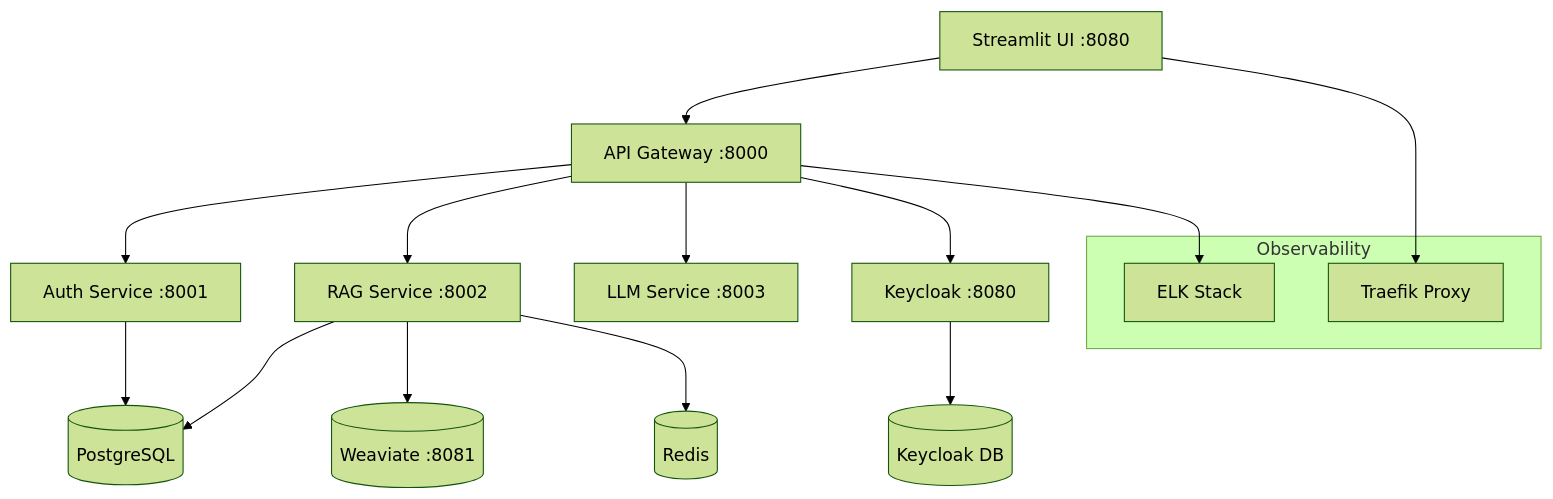
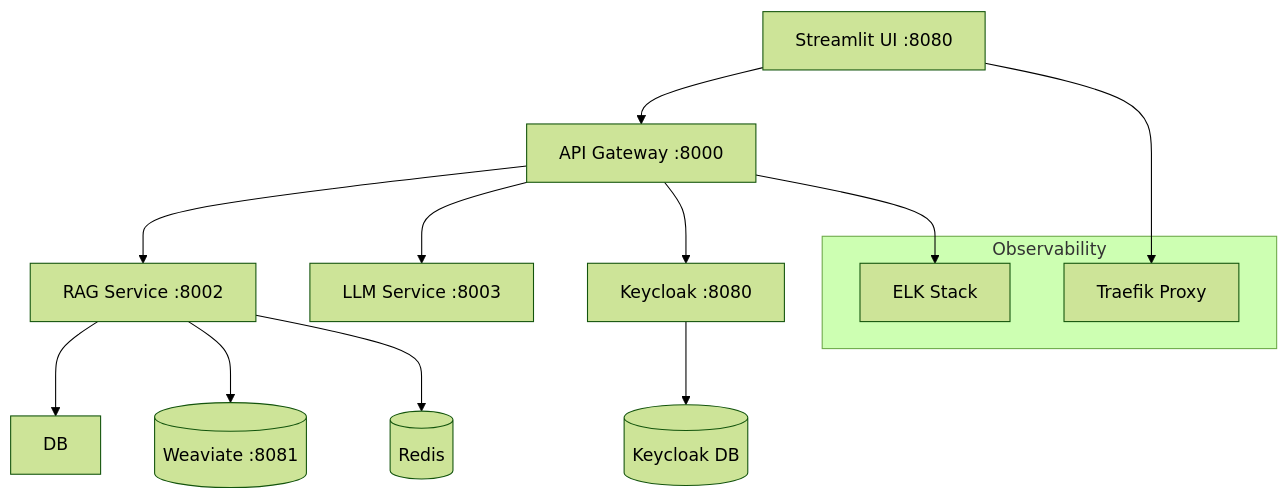
The diagram in README.md (MiguelDelao/privategpt), drawn with Mermaid (forest theme) before and after one commit. The commit also changed other lines of this file and 5 other files, not shown here.

````diff
--- a/README.md
+++ b/README.md
@@ -47,23 +47,21 @@
 ```mermaid
 graph TB
     UI[Streamlit UI :8080] --> GW[API Gateway :8000]
-    GW --> AUTH[Auth Service :8001]
     GW --> RAG[RAG Service :8002]
     GW --> LLM[LLM Service :8003]
     
     GW --> KC[Keycloak :8080]
-    AUTH --> DB[(PostgreSQL)]
     RAG --> DB
     RAG --> VDB[(Weaviate :8081)]
     RAG --> REDIS[(Redis)]
     
     KC --> KCDB[(Keycloak DB)]
     
     subgraph "Observability"
         ELK[ELK Stack]
         TRAEFIK[Traefik Proxy]
     end
     
     GW --> ELK
     UI --> TRAEFIK
 ```
````
